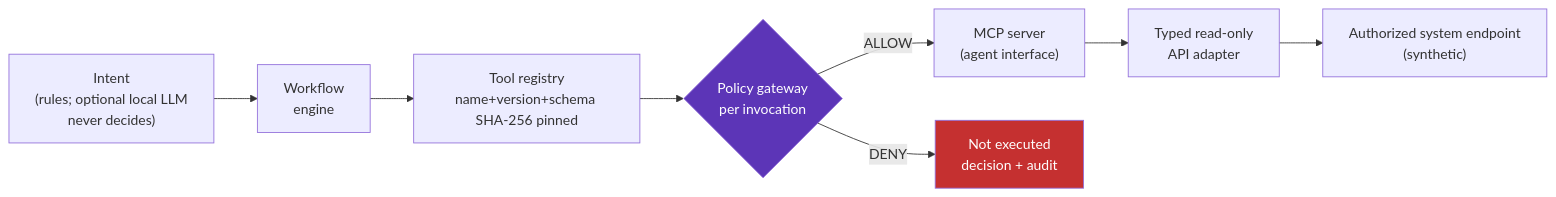
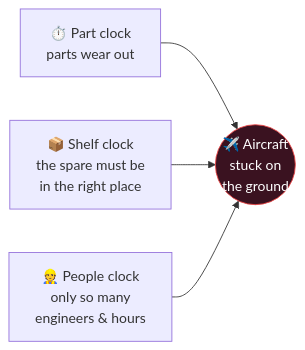
One commit to florina787/Data-sets changed the first of 2 diagrams in flying-florina/README.md. Above: the diagram before and after it, drawn with Mermaid. The commit also changed other lines of this file and 1 other file, not shown here.

````diff
--- a/flying-florina/README.md
+++ b/flying-florina/README.md
@@ -648,12 +63,7 @@
 ```mermaid
 flowchart LR
-  A["Intent<br/>(rules; optional local LLM<br/>never decides)"] --> B["Workflow<br/>engine"]
-  B --> C["Tool registry<br/>name+version+schema SHA-256 pinned"]
-  C --> D{"Policy gateway<br/>per invocation"}
-  D -->|ALLOW| E["MCP server<br/>(agent interface)"]
-  D -->|DENY| X["Not executed<br/>decision + audit"]
-  E --> F["Typed read-only<br/>API adapter"]
-  F --> G["Authorized system endpoint<br/>(synthetic)"]
-  style D fill:#5C35B7,color:#fff
-  style X fill:#C53030,color:#fff
+  A["⏱️ Part clock<br/>parts wear out"] --> X(("✈️ Aircraft<br/>stuck on<br/>the ground"))
+  B["📦 Shelf clock<br/>the spare must be<br/>in the right place"] --> X
+  C["👷 People clock<br/>only so many<br/>engineers & hours"] --> X
+  style X fill:#3a1220,stroke:#EF4444,color:#fff
 ```
````
